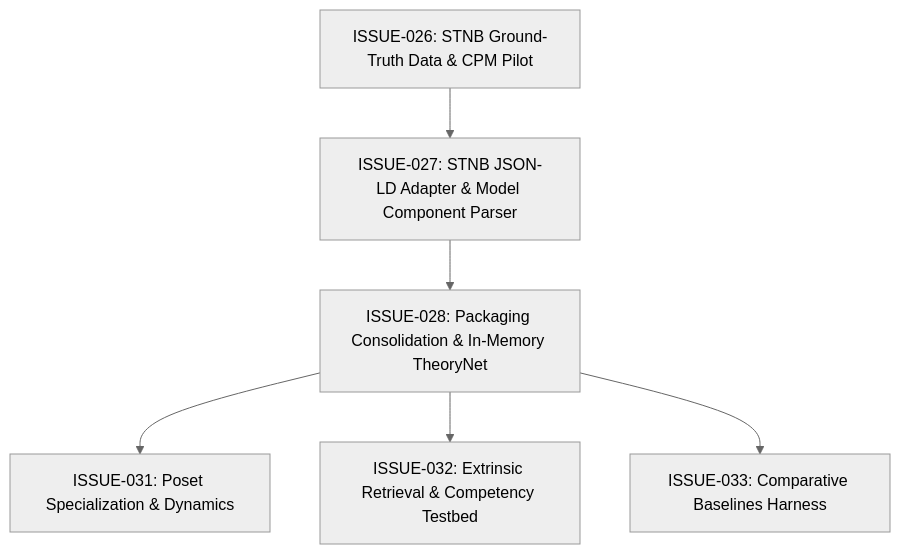
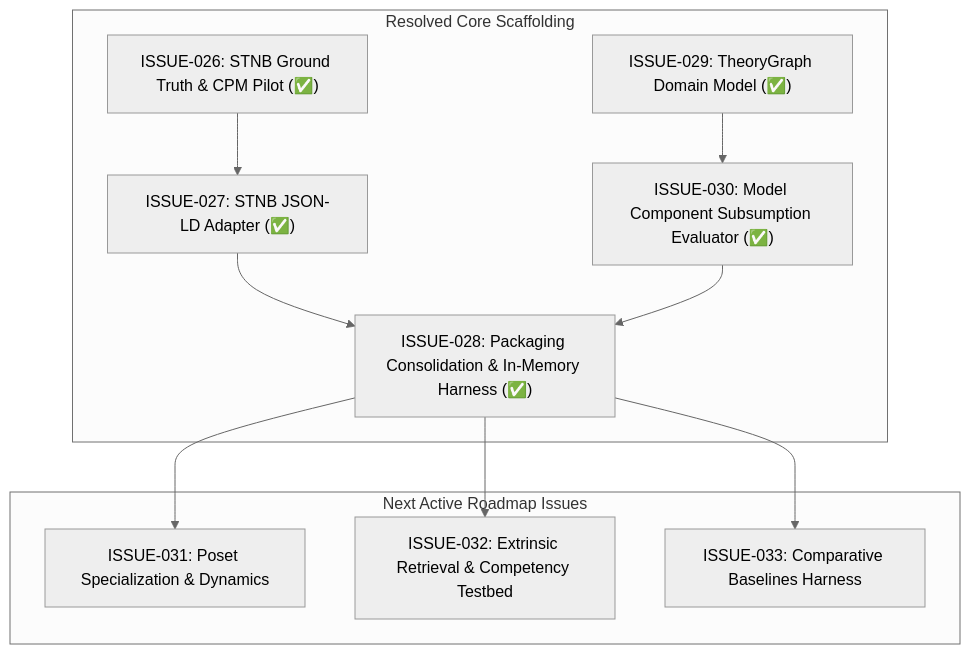
The diagram in issues/09-stnb-evaluation-capabilities/README.md (maxoehm/episteme), drawn with Mermaid (neutral theme) before and after one commit. The commit also changed other lines of this file and 53 other files, not shown here.

````diff
--- a/issues/09-stnb-evaluation-capabilities/README.md
+++ b/issues/09-stnb-evaluation-capabilities/README.md
@@ -33,8 +37,22 @@
 ```mermaid
 flowchart TD
-    I026["ISSUE-026: STNB Ground-Truth Data & CPM Pilot"] --> I027["ISSUE-027: STNB JSON-LD Adapter & Model Component Parser"]
-    I027 --> I028["ISSUE-028: Packaging Consolidation & In-Memory TheoryNet"]
-    I028 --> I031["ISSUE-031: Poset Specialization & Dynamics"]
-    I028 --> I032["ISSUE-032: Extrinsic Retrieval & Competency Testbed"]
-    I028 --> I033["ISSUE-033: Comparative Baselines Harness"]
+    subgraph Resolved ["Resolved Core Scaffolding"]
+        I026["ISSUE-026: STNB Ground Truth & CPM Pilot (✅)"]
+        I027["ISSUE-027: STNB JSON-LD Adapter (✅)"]
+        I028["ISSUE-028: Packaging Consolidation & In-Memory Harness (✅)"]
+        I029["ISSUE-029: TheoryGraph Domain Model (✅)"]
+        I030["ISSUE-030: Model Component Subsumption Evaluator (✅)"]
+        I026 --> I027 --> I028
+        I029 --> I030 --> I028
+    end
+
+    subgraph Open ["Next Active Roadmap Issues"]
+        I031["ISSUE-031: Poset Specialization & Dynamics"]
+        I032["ISSUE-032: Extrinsic Retrieval & Competency Testbed"]
+        I033["ISSUE-033: Comparative Baselines Harness"]
+    end
+
+    I028 --> I031
+    I028 --> I032
+    I028 --> I033
 ```
````
